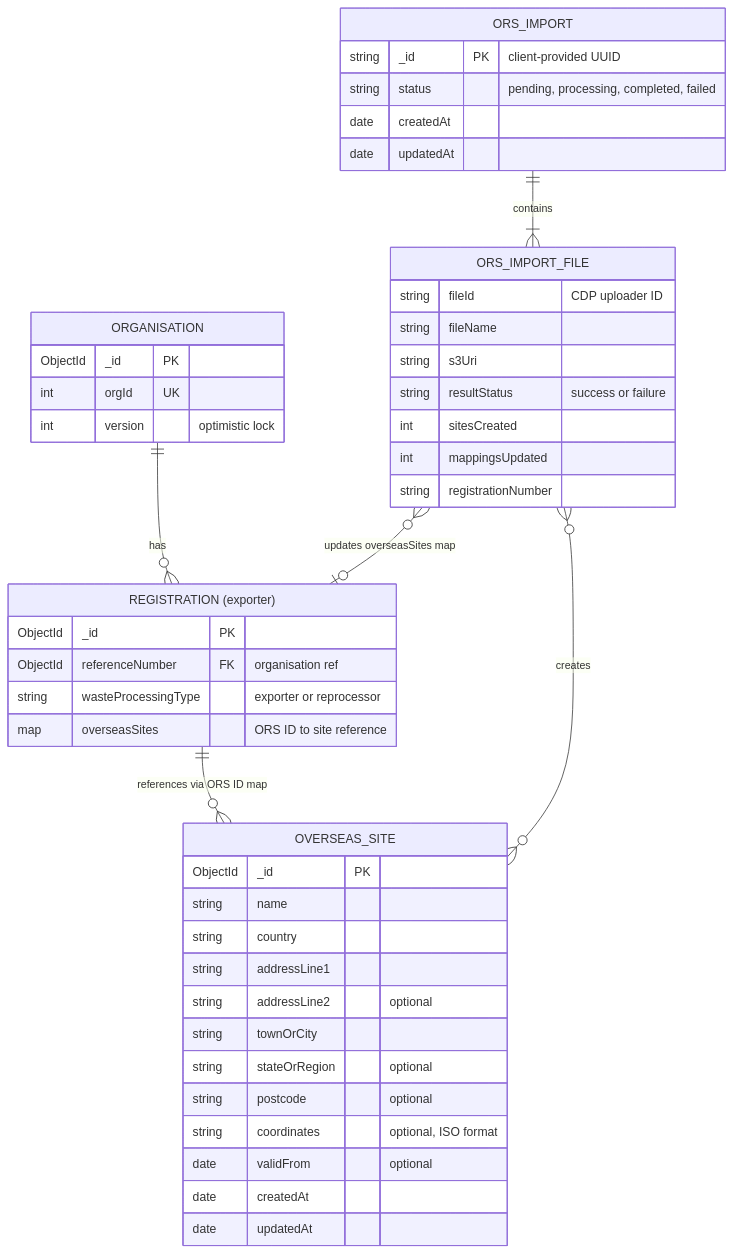
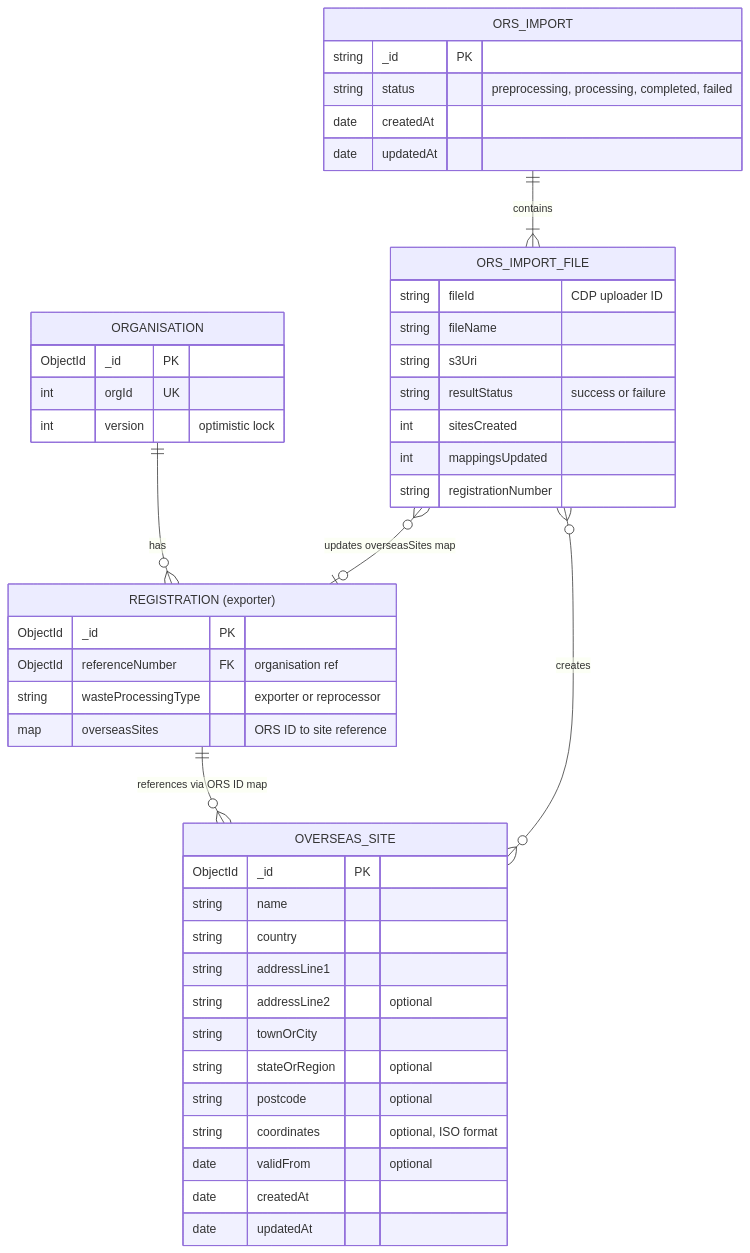
One commit to DEFRA/epr-re-ex-service changed the first of 3 diagrams in docs/architecture/discovery/ors-management.md. Above: the diagram before and after it, drawn with Mermaid. The commit also changed other lines of this file, not shown here.

````diff
--- a/docs/architecture/discovery/ors-management.md
+++ b/docs/architecture/discovery/ors-management.md
@@ -65,63 +64,63 @@
 ```mermaid
 erDiagram
 
 %% Entities
 ORGANISATION
 REGISTRATION["REGISTRATION (exporter)"]
 OVERSEAS_SITE
 ORS_IMPORT
 ORS_IMPORT_FILE
 
 %% Structure
 ORGANISATION {
   ObjectId _id PK
   int orgId UK
   int version "optimistic lock"
 }
 
 REGISTRATION {
   ObjectId _id PK
   ObjectId referenceNumber FK "organisation ref"
   string wasteProcessingType "exporter or reprocessor"
   map overseasSites "ORS ID to site reference"
 }
 
 OVERSEAS_SITE {
   ObjectId _id PK
   string name
   string country
   string addressLine1
   string addressLine2 "optional"
   string townOrCity
   string stateOrRegion "optional"
   string postcode "optional"
   string coordinates "optional, ISO format"
   date validFrom "optional"
   date createdAt
   date updatedAt
 }
 
 ORS_IMPORT {
-  string _id PK "client-provided UUID"
-  string status "pending, processing, completed, failed"
+  string _id PK
+  string status "preprocessing, processing, completed, failed"
   date createdAt
   date updatedAt
 }
 
 ORS_IMPORT_FILE {
   string fileId "CDP uploader ID"
   string fileName
   string s3Uri
   string resultStatus "success or failure"
   int sitesCreated
   int mappingsUpdated
   string registrationNumber
 }
 
 %% Relationships
 ORGANISATION ||--o{ REGISTRATION : has
 REGISTRATION ||--o{ OVERSEAS_SITE : "references via ORS ID map"
 ORS_IMPORT ||--|{ ORS_IMPORT_FILE : contains
 ORS_IMPORT_FILE }o--o{ OVERSEAS_SITE : creates
 ORS_IMPORT_FILE }o--o| REGISTRATION : "updates overseasSites map"
 ```
````
